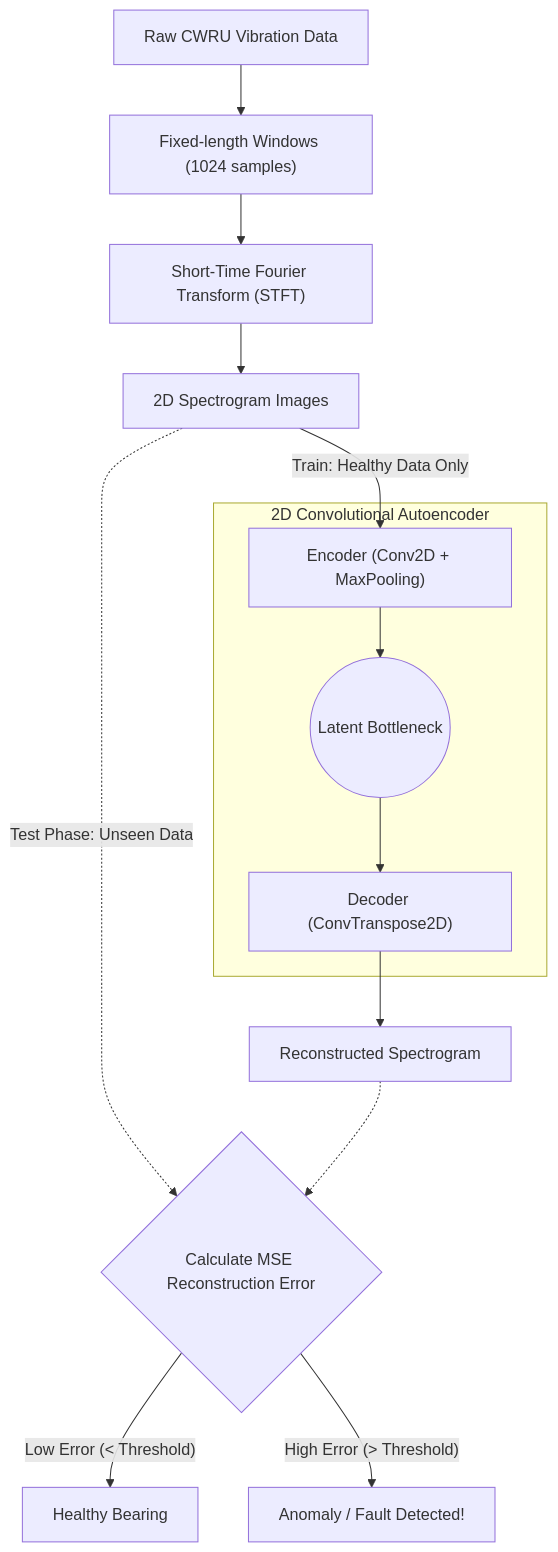
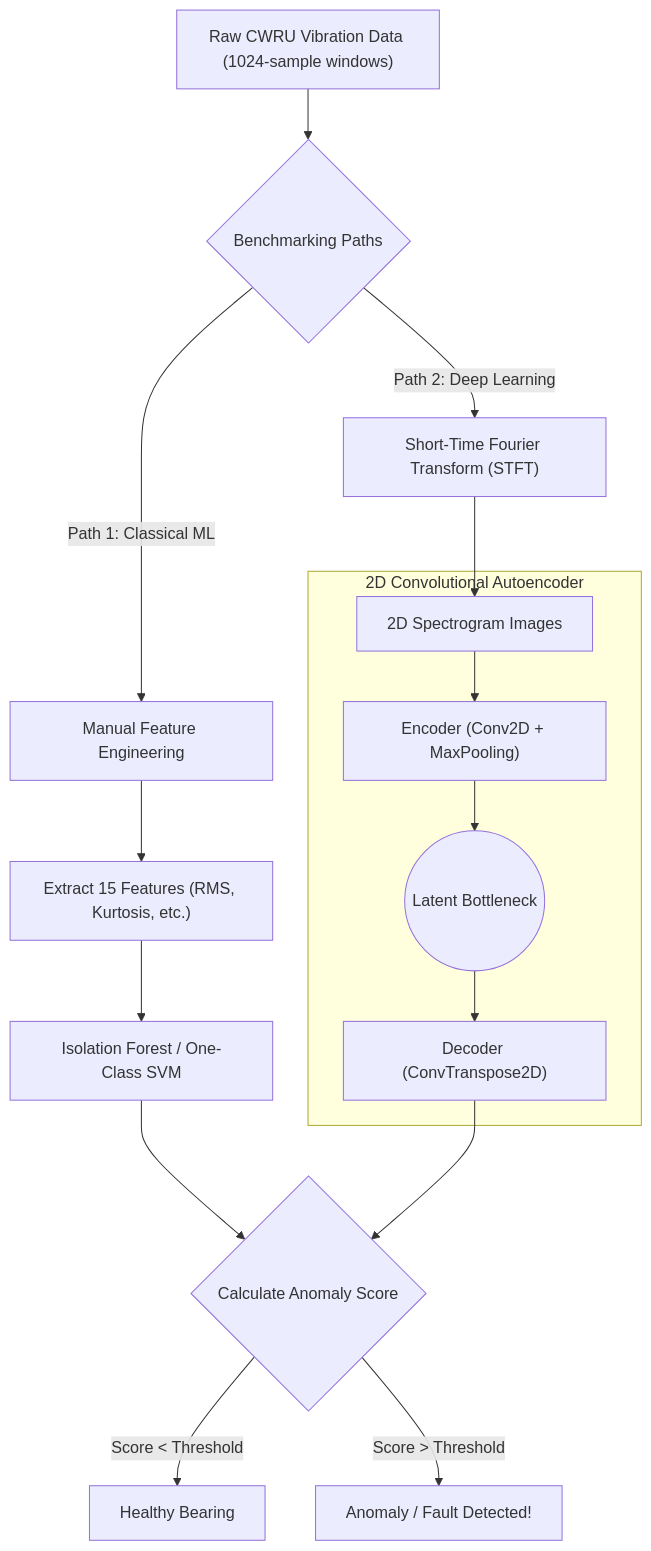
Before and after one commit to Cokaine29/IEOR_AI_ML_DS_Projects: the diagram in 01_Anomaly_Detection_Autoencoders/README.md, drawn with Mermaid.

Commit message:
docs: expand Project 1 flowchart to include classical ML benchmarking paths

````diff
--- a/01_Anomaly_Detection_Autoencoders/README.md
+++ b/01_Anomaly_Detection_Autoencoders/README.md
@@ -12,20 +12,26 @@
 ```mermaid
 graph TD
-    A["Raw CWRU Vibration Data"] --> B["Fixed-length Windows (1024 samples)"]
-    B --> C["Short-Time Fourier Transform (STFT)"]
-    C --> D["2D Spectrogram Images"]
+    A["Raw CWRU Vibration Data (1024-sample windows)"] --> B{"Benchmarking Paths"}
+    
+    %% Classical ML Path
+    B -->|"Path 1: Classical ML"| C["Manual Feature Engineering"]
+    C --> D["Extract 15 Features (RMS, Kurtosis, etc.)"]
+    D --> E["Isolation Forest / One-Class SVM"]
+    
+    %% Deep Learning Path
+    B -->|"Path 2: Deep Learning"| F["Short-Time Fourier Transform (STFT)"]
+    F --> G["2D Spectrogram Images"]
     
     subgraph 2D Convolutional Autoencoder
-        E["Encoder (Conv2D + MaxPooling)"] --> F(("Latent Bottleneck"))
-        F --> G["Decoder (ConvTranspose2D)"]
+        G --> H["Encoder (Conv2D + MaxPooling)"]
+        H --> I(("Latent Bottleneck"))
+        I --> J["Decoder (ConvTranspose2D)"]
     end
     
-    D -->|"Train: Healthy Data Only"| E
-    G --> H["Reconstructed Spectrogram"]
+    %% Evaluation
+    E --> K{"Calculate Anomaly Score"}
+    J --> K
     
-    D -.->|"Test Phase: Unseen Data"| I{"Calculate MSE Reconstruction Error"}
-    H -.-> I
-    
-    I -->|"Low Error (< Threshold)"| J["Healthy Bearing"]
-    I -->|"High Error (> Threshold)"| K["Anomaly / Fault Detected!"]
+    K -->|"Score < Threshold"| L["Healthy Bearing"]
+    K -->|"Score > Threshold"| M["Anomaly / Fault Detected!"]
 ```
````
